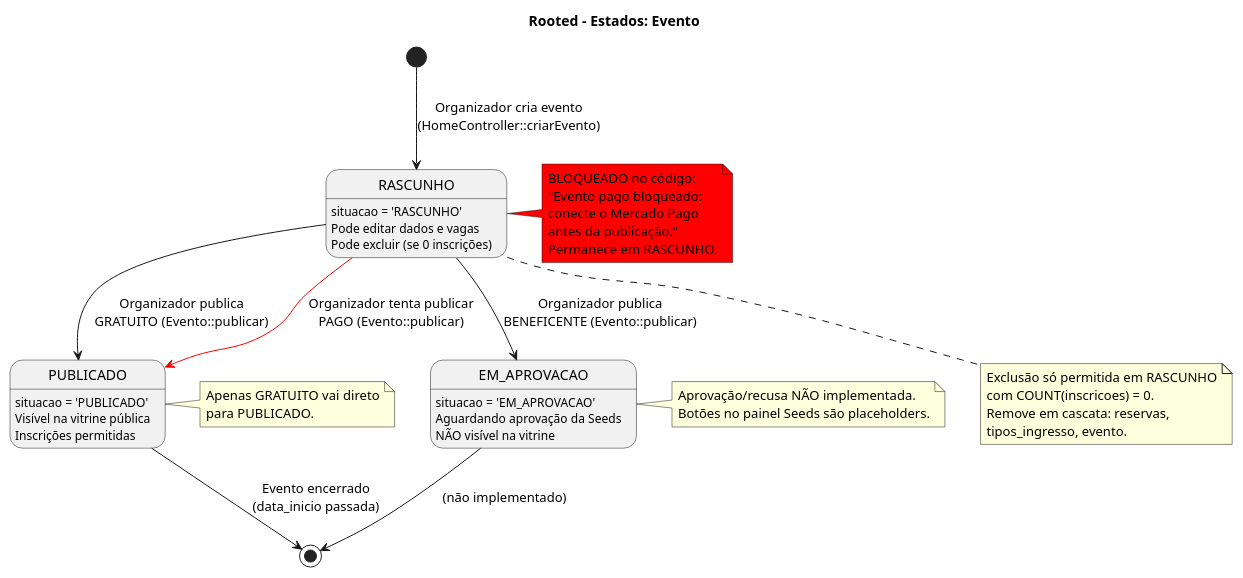
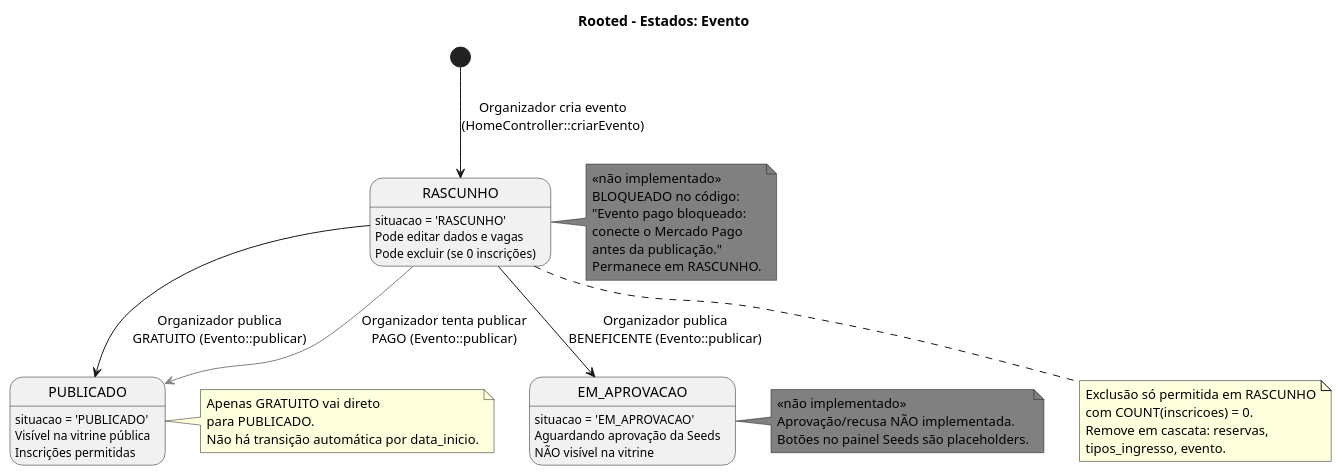
The diagram in docs/diagramas/scripts/14-estados-evento.puml (paulothaylam/rooted-projeto), drawn with PlantUML before and after one commit. The commit also changed 39 other files, not shown here.

Commit message:
Atualizando diagramas

```diff
--- a/docs/diagramas/scripts/14-estados-evento.puml
+++ b/docs/diagramas/scripts/14-estados-evento.puml
@@ -1,45 +1,45 @@
 @startuml
 title Rooted – Estados: Evento
 [*] --> RASCUNHO : Organizador cria evento\n(HomeController::criarEvento)
 
 state "RASCUNHO" as RASCUNHO
 RASCUNHO : situacao = 'RASCUNHO'\nPode editar dados e vagas\nPode excluir (se 0 inscrições)
 
 RASCUNHO --> PUBLICADO : Organizador publica\nGRATUITO (Evento::publicar)
 state "PUBLICADO" as PUBLICADO
 PUBLICADO : situacao = 'PUBLICADO'\nVisível na vitrine pública\nInscrições permitidas
 
 RASCUNHO --> EM_APROVACAO : Organizador publica\nBENEFICENTE (Evento::publicar)
 state "EM_APROVACAO" as EM_APROVACAO
 EM_APROVACAO : situacao = 'EM_APROVACAO'\nAguardando aprovação da Seeds\nNÃO visível na vitrine
 
-RASCUNHO -[#red]-> PUBLICADO : Organizador tenta publicar\nPAGO (Evento::publicar)
-note right of RASCUNHO #red
+RASCUNHO -[#gray]-> PUBLICADO : Organizador tenta publicar\nPAGO (Evento::publicar)
+note right of RASCUNHO #gray
+  <<não implementado>>
   BLOQUEADO no código:
   "Evento pago bloqueado:
   conecte o Mercado Pago
   antes da publicação."
   Permanece em RASCUNHO.
 end note
 
-PUBLICADO --> [*] : Evento encerrado\n(data_inicio passada)
-EM_APROVACAO --> [*] : (não implementado)
-
 note right of PUBLICADO
   Apenas GRATUITO vai direto
   para PUBLICADO.
+  Não há transição automática por data_inicio.
 end note
 
-note right of EM_APROVACAO
+note right of EM_APROVACAO #gray
+  <<não implementado>>
   Aprovação/recusa NÃO implementada.
   Botões no painel Seeds são placeholders.
 end note
 
 note bottom of RASCUNHO
   Exclusão só permitida em RASCUNHO
   com COUNT(inscricoes) = 0.
   Remove em cascata: reservas,
   tipos_ingresso, evento.
 end note
 
 @enduml
```
